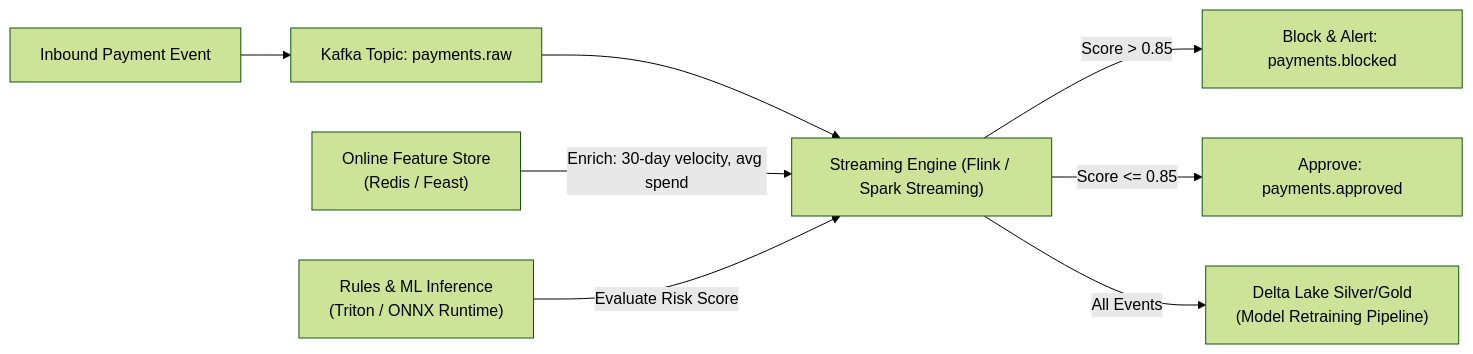
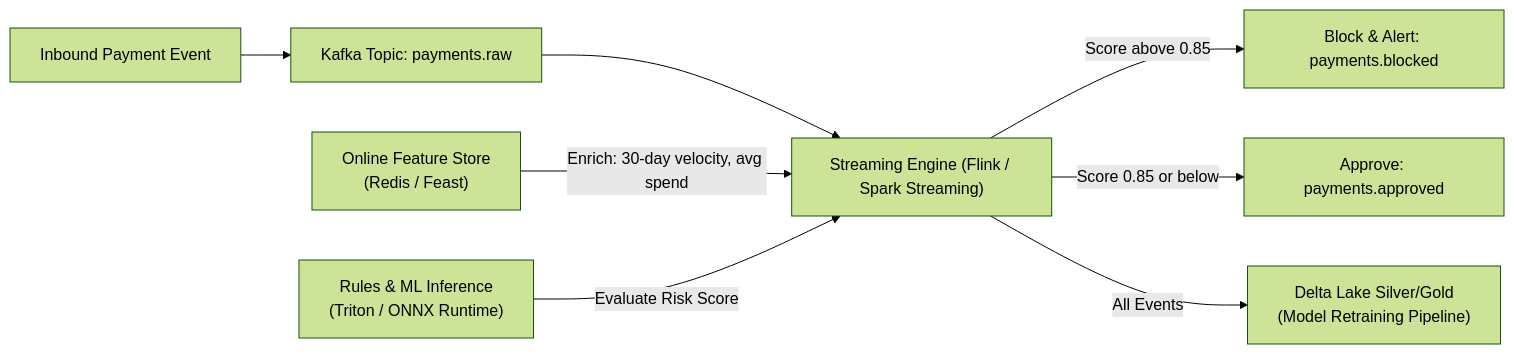
The second of 2 diagrams in playbooks/06_system_design_125.md (santoshjammi29/data-engineering-interview-handbook), drawn with Mermaid (forest theme) before and after one commit. The commit also changed other lines of this file and 1 other file, not shown here.

Commit message:
fix(mermaid): sanitize diagram syntax, remove unquoted parentheses in link labels and semicolons

````diff
--- a/playbooks/06_system_design_125.md
+++ b/playbooks/06_system_design_125.md
@@ -33,10 +33,10 @@
 ```mermaid
 flowchart LR
     A["Inbound Payment Event"] --> B["Kafka Topic: payments.raw"]
     B --> C["Streaming Engine (Flink / Spark Streaming)"]
     D["Online Feature Store<br/>(Redis / Feast)"] -->|Enrich: 30-day velocity, avg spend| C
     E["Rules & ML Inference<br/>(Triton / ONNX Runtime)"] -->|Evaluate Risk Score| C
-    C -->|Score > 0.85| F["Block & Alert: payments.blocked"]
-    C -->|Score <= 0.85| G["Approve: payments.approved"]
+    C -->|Score above 0.85| F["Block & Alert: payments.blocked"]
+    C -->|Score 0.85 or below| G["Approve: payments.approved"]
     C -->|All Events| H["Delta Lake Silver/Gold<br/>(Model Retraining Pipeline)"]
 ```
````
